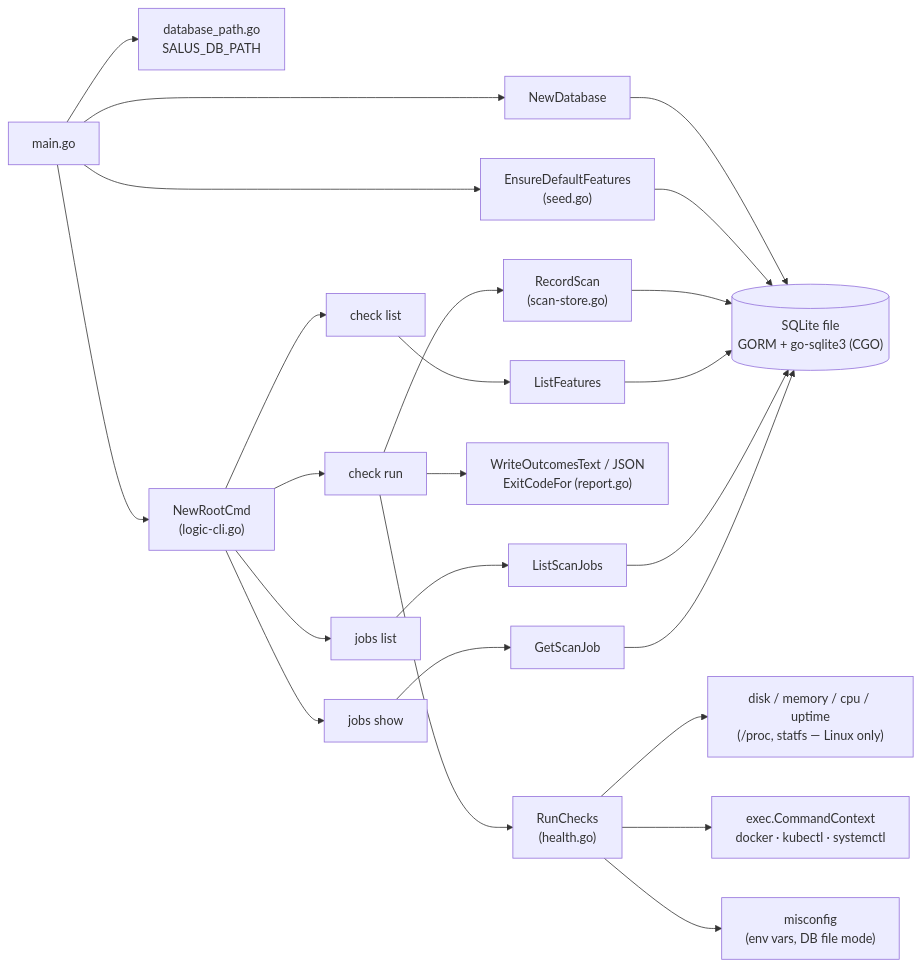
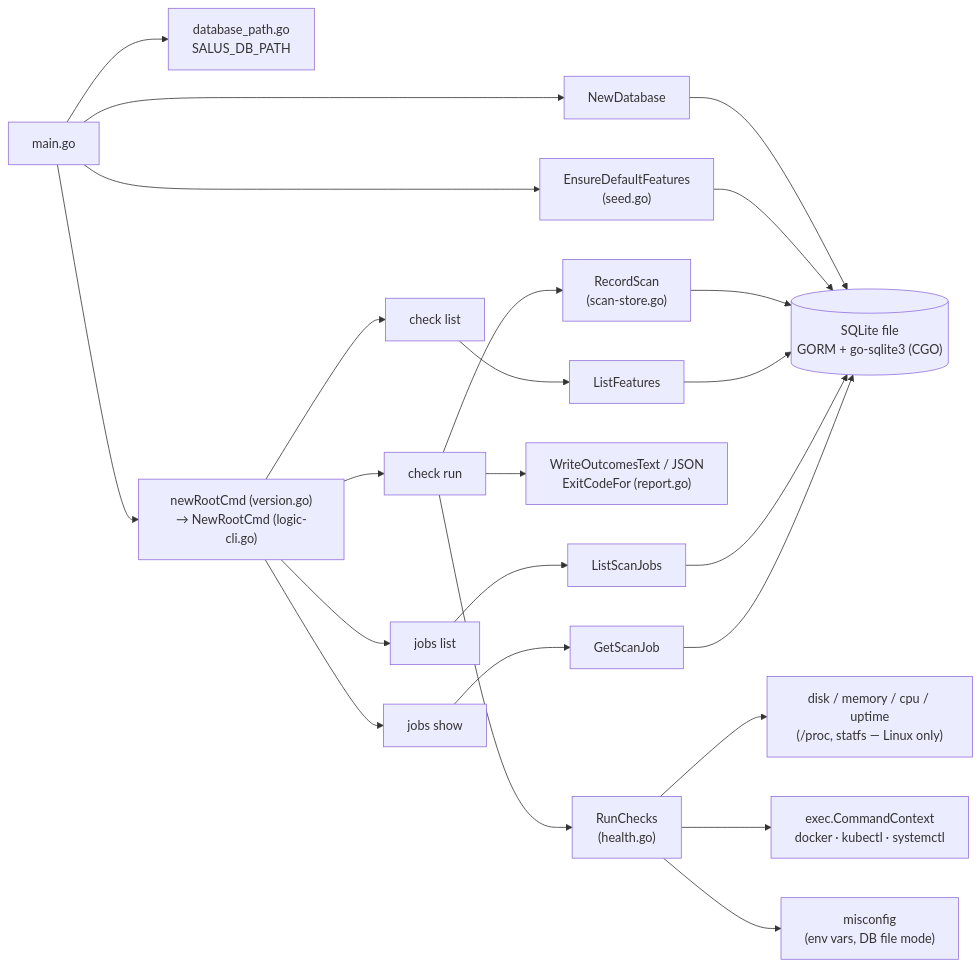
One commit to jabbott-iii/Salus changed the first of 3 diagrams in intel/map.md. Above: the diagram before and after it, drawn with Mermaid. The commit also changed other lines of this file and 12 other files, not shown here.

````diff
--- a/intel/map.md
+++ b/intel/map.md
@@ -52,30 +56,30 @@
 ```mermaid
 flowchart LR
     main["main.go"] --> dbpath["database_path.go<br/>SALUS_DB_PATH"]
     main --> NewDatabase
     main --> Seed["EnsureDefaultFeatures<br/>(seed.go)"]
-    main --> Root["NewRootCmd<br/>(logic-cli.go)"]
+    main --> Root["newRootCmd (version.go)<br/>→ NewRootCmd (logic-cli.go)"]
 
     Root --> CheckList["check list"]
     Root --> CheckRun["check run"]
     Root --> JobsList["jobs list"]
     Root --> JobsShow["jobs show"]
 
     CheckRun --> RunChecks["RunChecks<br/>(health.go)"]
     CheckRun --> RecordScan["RecordScan<br/>(scan-store.go)"]
     CheckRun --> Report["WriteOutcomesText / JSON<br/>ExitCodeFor (report.go)"]
     CheckList --> ListFeatures
     JobsList --> ListScanJobs
     JobsShow --> GetScanJob
 
     RunChecks --> Resources["disk / memory / cpu / uptime<br/>(/proc, statfs — Linux only)"]
     RunChecks --> Exec["exec.CommandContext<br/>docker · kubectl · systemctl"]
     RunChecks --> Misconfig["misconfig<br/>(env vars, DB file mode)"]
 
     NewDatabase --> SQLite[("SQLite file<br/>GORM + go-sqlite3 (CGO)")]
     Seed --> SQLite
     RecordScan --> SQLite
     ListFeatures --> SQLite
     ListScanJobs --> SQLite
     GetScanJob --> SQLite
 ```
````
